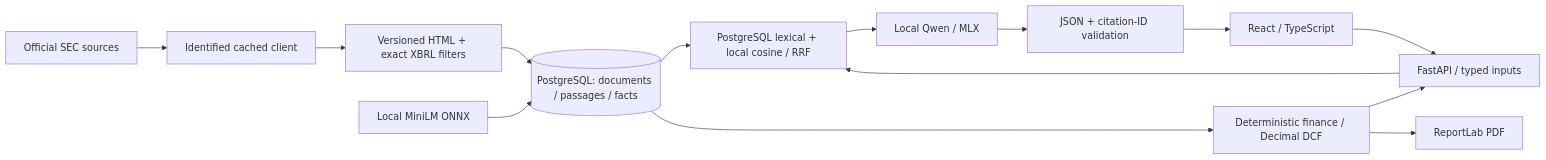
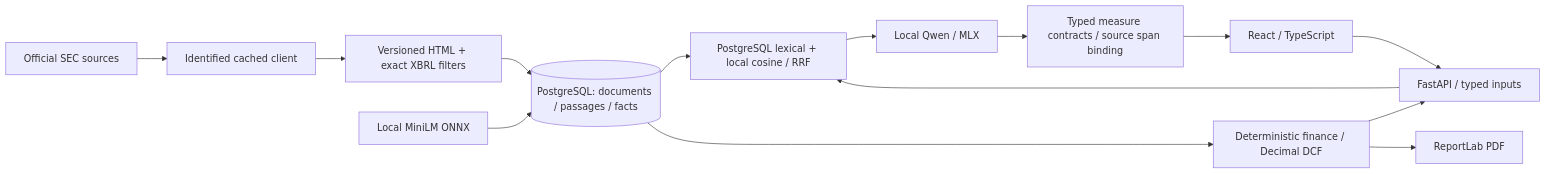
The diagram in docs/ARCHITECTURE.md (000zer000/researchdesk-ai), drawn with Mermaid before and after one commit. The commit also changed other lines of this file and 57 other files, not shown here.

Commit message:
fix: enforce financial proof contracts and preserve ambiguous source versions

````diff
--- a/docs/ARCHITECTURE.md
+++ b/docs/ARCHITECTURE.md
@@ -3,16 +3,16 @@
 ```mermaid
 flowchart LR
   SEC[Official SEC sources] --> C[Identified cached client]
   C --> P[Versioned HTML + exact XBRL filters]
   P --> DB[(PostgreSQL: documents / passages / facts)]
   E[Local MiniLM ONNX] --> DB
   UI[React / TypeScript] --> API[FastAPI / typed inputs]
   API --> S[PostgreSQL lexical + local cosine / RRF]
   DB --> S
   S --> Q[Local Qwen / MLX]
-  Q --> V[JSON + citation-ID validation]
+  Q --> V[Typed measure contracts / source span binding]
   V --> UI
   DB --> F[Deterministic finance / Decimal DCF]
   F --> API
   F --> PDF[ReportLab PDF]
 ```
````
